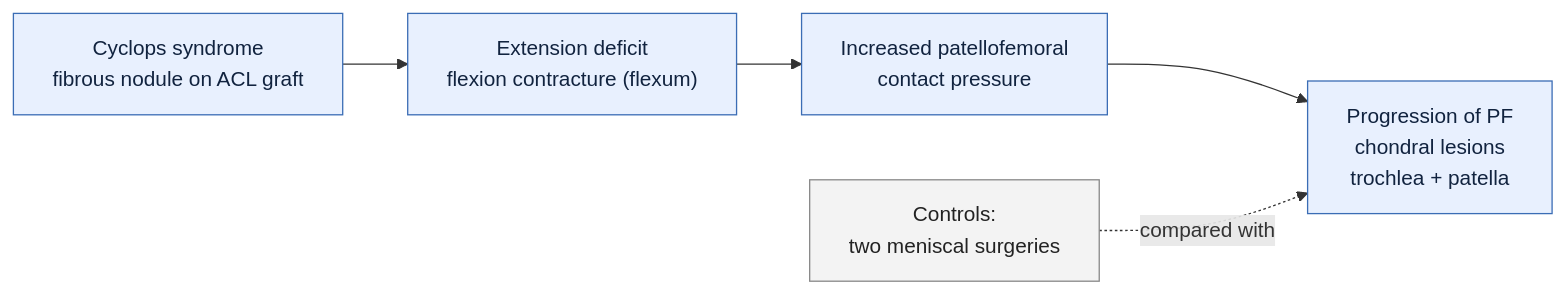
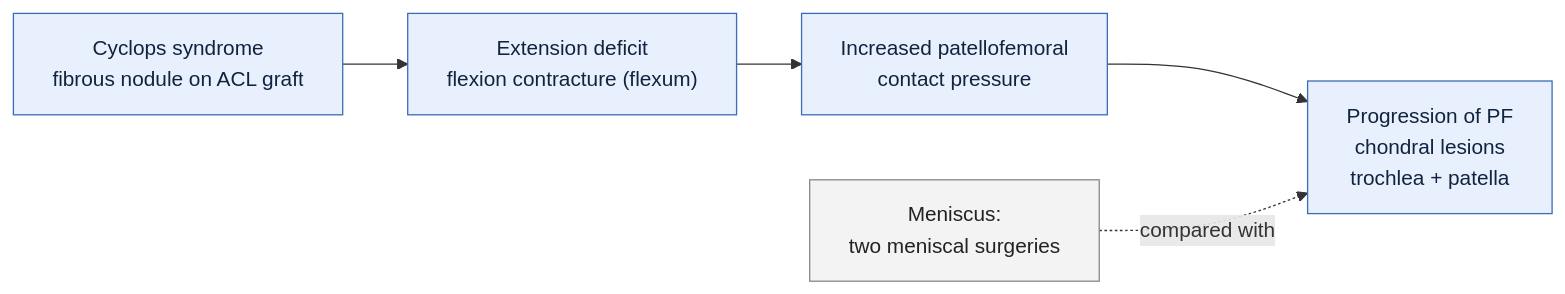
The first of 7 diagrams in paper/manuscript.md (TomSOhm/cyclops_lesion_statistics), drawn with Mermaid before and after one commit. The commit also changed other lines of this file and 37 other files, not shown here.

````diff
--- a/paper/manuscript.md
+++ b/paper/manuscript.md
@@ -9,11 +9,11 @@
 ```mermaid
 flowchart LR
     A["Cyclops syndrome<br/>fibrous nodule on ACL graft"] --> B["Extension deficit<br/>flexion contracture (flexum)"]
     B --> C["Increased patellofemoral<br/>contact pressure"]
     C --> D["Progression of PF<br/>chondral lesions<br/>trochlea + patella"]
-    E["Controls:<br/>two meniscal surgeries"] -.->|"compared with"| D
-    classDef case fill:#e8f0fe,stroke:#3b6db5,color:#11233f;
+    E["Meniscus:<br/>two meniscal surgeries"] -.->|"compared with"| D
+    classDef grp fill:#e8f0fe,stroke:#3b6db5,color:#11233f;
     classDef ctrl fill:#f3f3f3,stroke:#888,color:#222;
-    class A,B,C,D case;
+    class A,B,C,D grp;
     class E ctrl;
 ```
````
